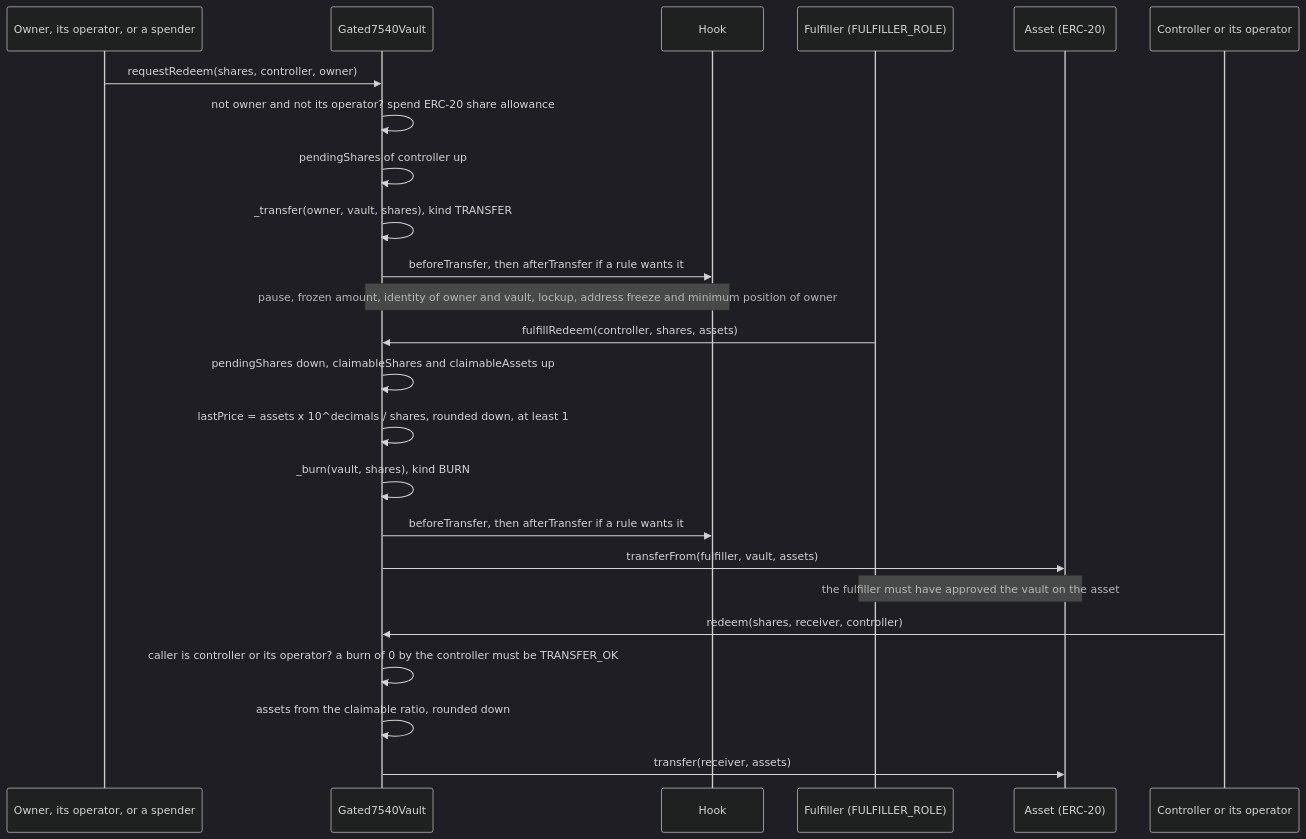
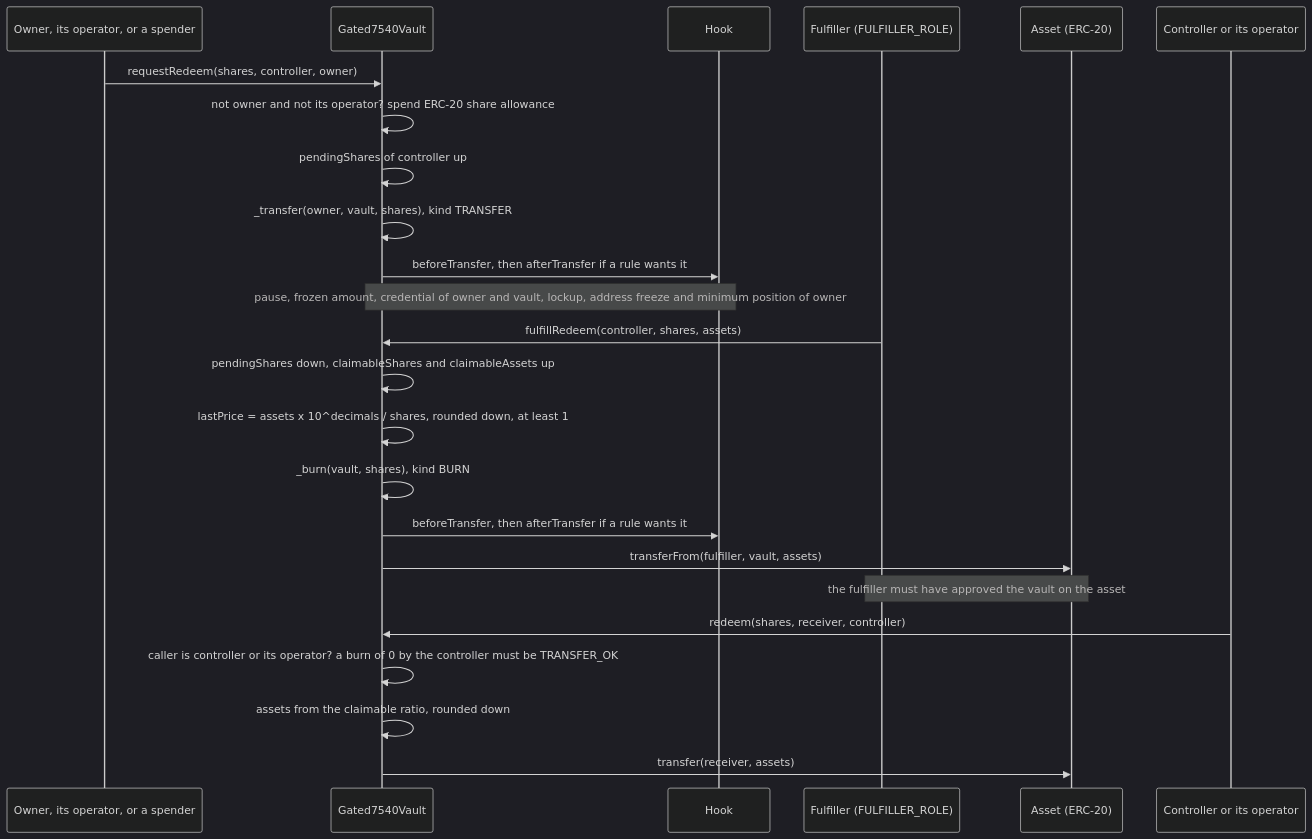
Before and after one commit to fepvenancio/rwa-token: the fourth of 6 diagrams in docs/flows-vaults.md, drawn with Mermaid (dark theme). The commit also changed other lines of this file and 24 other files, not shown here.

````diff
--- a/docs/flows-vaults.md
+++ b/docs/flows-vaults.md
@@ -153,29 +153,29 @@
 ```mermaid
 sequenceDiagram
   participant O as Owner, its operator, or a spender
   participant V as Gated7540Vault
   participant H as Hook
   participant F as Fulfiller (FULFILLER_ROLE)
   participant A as Asset (ERC-20)
   participant K as Controller or its operator
 
   O->>V: requestRedeem(shares, controller, owner)
   V->>V: not owner and not its operator? spend ERC-20 share allowance
   V->>V: pendingShares of controller up
   V->>V: _transfer(owner, vault, shares), kind TRANSFER
   V->>H: beforeTransfer, then afterTransfer if a rule wants it
-  Note over V,H: pause, frozen amount, identity of owner and vault, lockup, address freeze and minimum position of owner
+  Note over V,H: pause, frozen amount, credential of owner and vault, lockup, address freeze and minimum position of owner
 
   F->>V: fulfillRedeem(controller, shares, assets)
   V->>V: pendingShares down, claimableShares and claimableAssets up
   V->>V: lastPrice = assets x 10^decimals / shares, rounded down, at least 1
   V->>V: _burn(vault, shares), kind BURN
   V->>H: beforeTransfer, then afterTransfer if a rule wants it
   V->>A: transferFrom(fulfiller, vault, assets)
   Note over F,A: the fulfiller must have approved the vault on the asset
 
   K->>V: redeem(shares, receiver, controller)
   V->>V: caller is controller or its operator? a burn of 0 by the controller must be TRANSFER_OK
   V->>V: assets from the claimable ratio, rounded down
   V->>A: transfer(receiver, assets)
 ```
````
